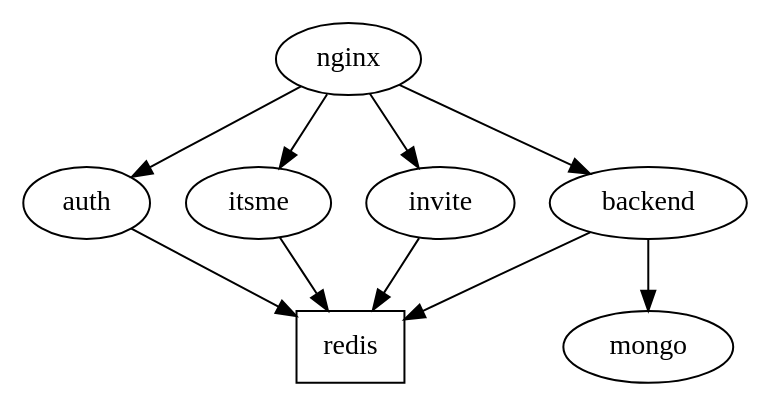
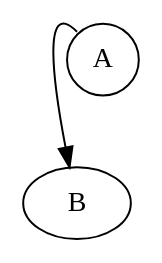
The diagram in examples/test.dot (lucemans/whatthedot), drawn with Graphviz before and after one commit. The commit also changed 7 other files, not shown here.

Commit message:
Graph Types

```diff
--- a/examples/test.dot
+++ b/examples/test.dot
@@ -1,1 +1,16 @@
-digraph figure1{0[label=redis,shape=box];1[label=nginx];2[label=auth];3[label=mongo];4[label=backend];5[label=itsme];6[label=invite];1->2;1->4;1->5;1->6;2->0;4->3;4->0;5->0;6->0}
+digraph figure1 {
+        compass_pt = n;
+        0 [label=A,shape=circle]
+        1 [label=B]
+        0:nw -> 1
+        // {0 1}->{2 3 4}[color=pink]
+        // subgraph {
+        //     rank = same; 0; 2;
+        // }
+        // subgraph {
+        //     rank = same; 1; 3;
+        // }
+        // subgraph {
+        //     rank = same; 1; 4;
+        // }
+}
```
